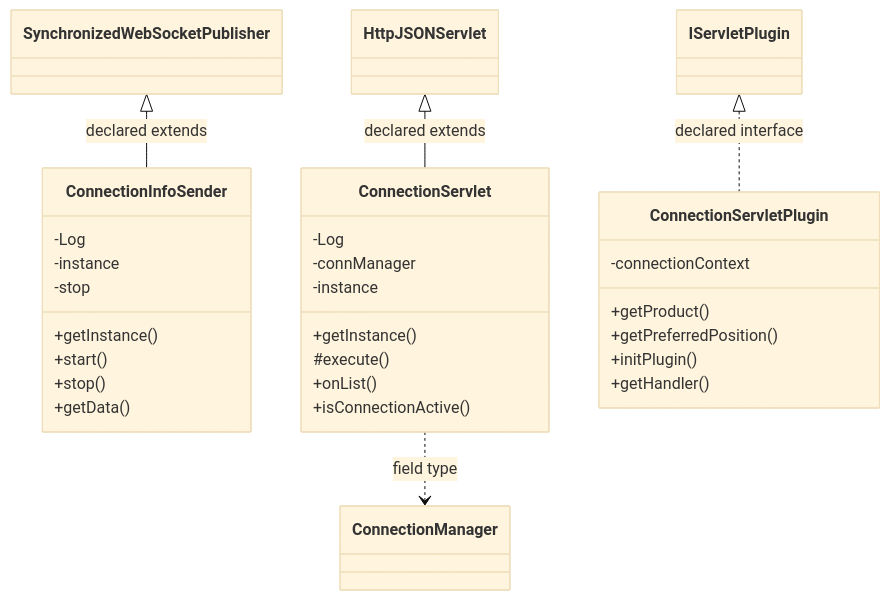
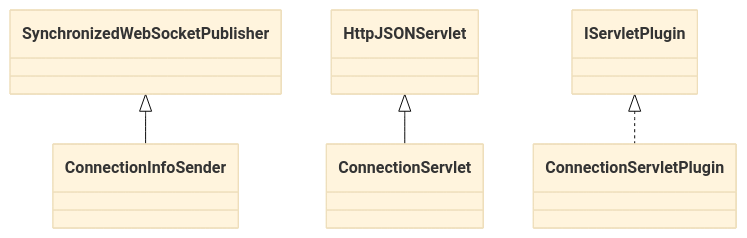
One commit to haruperi/HaruQuantAI changed the diagram in docs/sqx/DataManager/DataManagerConnections.md. Above: the diagram before and after it, drawn with Mermaid (base theme). The commit also changed other lines of this file and 1688 other files, not shown here.

````diff
--- a/docs/sqx/DataManager/DataManagerConnections.md
+++ b/docs/sqx/DataManager/DataManagerConnections.md
@@ -30,36 +26,12 @@
 ```mermaid
 classDiagram
-    class C8d18e5b2dae8["ConnectionInfoSender"] {
-        -Log
-        -instance
-        -stop
-        +getInstance()
-        +start()
-        +stop()
-        +getData()
-    }
-    class C0d4a530dec24["ConnectionServlet"] {
-        -Log
-        -connManager
-        -instance
-        +getInstance()
-        #execute()
-        +onList()
-        +isConnectionActive()
-    }
-    class C86968828e451["ConnectionServletPlugin"] {
-        -connectionContext
-        +getProduct()
-        +getPreferredPosition()
-        +initPlugin()
-        +getHandler()
-    }
-    class C001b68001ef7["ConnectionManager"]
-    class Ce87cf9854aad["SynchronizedWebSocketPublisher"]
-    class C249b5c671b1a["IServletPlugin"]
-    class C8900f90ae594["HttpJSONServlet"]
-    Ce87cf9854aad <|-- C8d18e5b2dae8 : declared extends
-    C8900f90ae594 <|-- C0d4a530dec24 : declared extends
-    C0d4a530dec24 ..> C001b68001ef7 : field type
-    C249b5c671b1a <|.. C86968828e451 : declared interface
+    class C0["ConnectionInfoSender"]
+    class C1["ConnectionServlet"]
+    class C2["ConnectionServletPlugin"]
+    class E0["SynchronizedWebSocketPublisher"]
+    E0 <|-- C0
+    class E1["HttpJSONServlet"]
+    E1 <|-- C1
+    class E2["IServletPlugin"]
+    E2 <|.. C2
 ```
````
